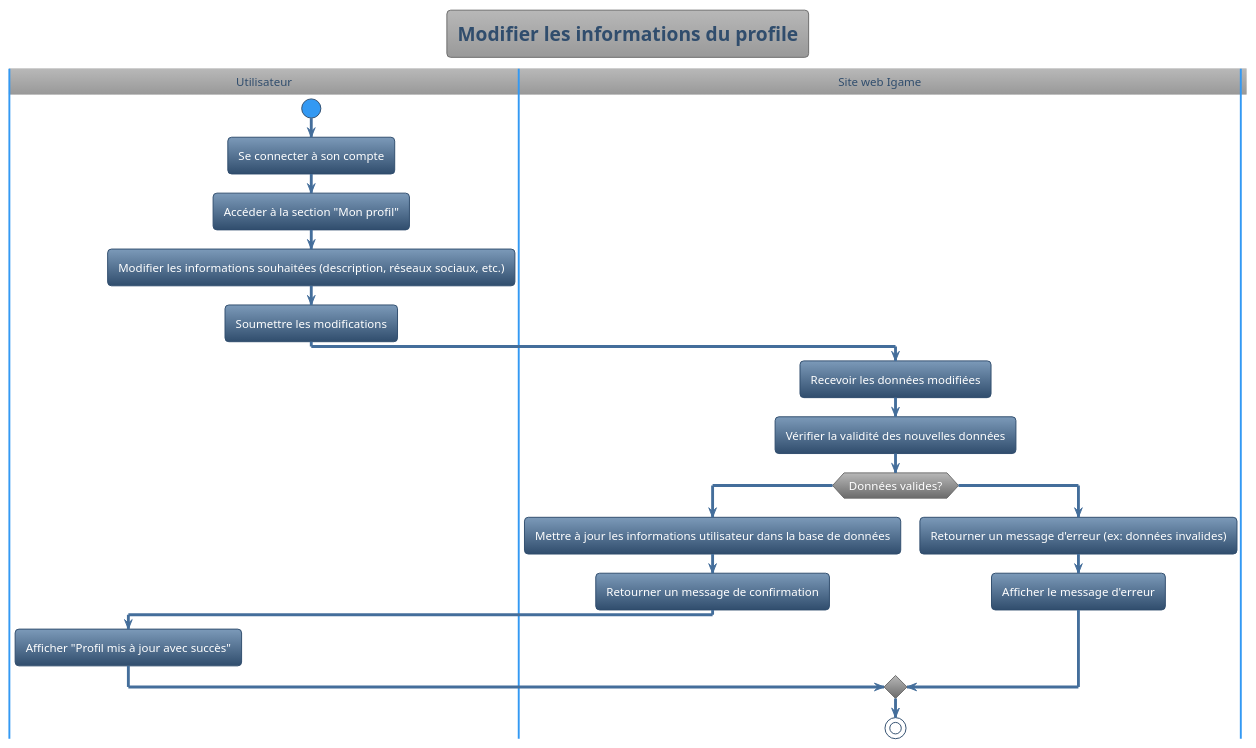
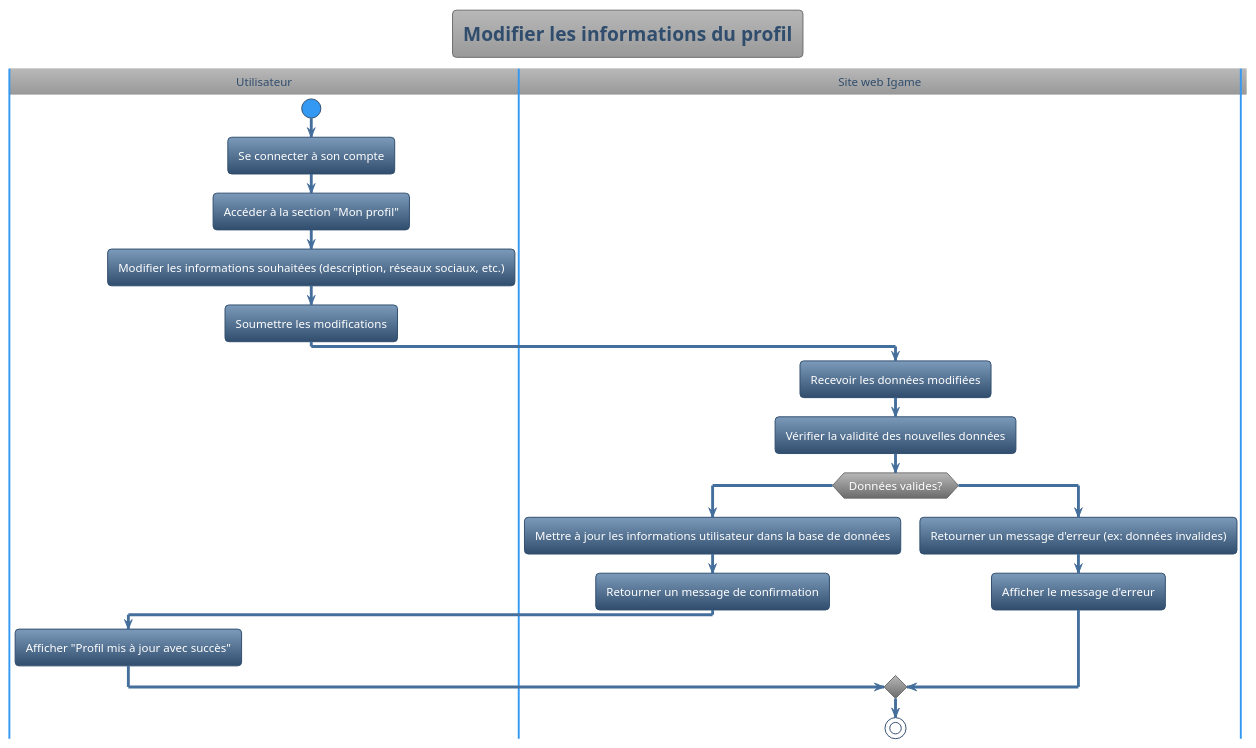
Before and after one commit to Jacob-Cossette/GTI510: the diagram in CU3_modifInfoU.puml, drawn with PlantUML. The commit also changed 19 other files, not shown here.

```diff
--- a/CU3_modifInfoU.puml
+++ b/CU3_modifInfoU.puml
@@ -1,24 +1,24 @@
 @startuml
 !theme spacelab
-title Modifier les informations du profile
+title Modifier les informations du profil
 |Utilisateur|
 start
 :Se connecter à son compte;
 :Accéder à la section "Mon profil";
 :Modifier les informations souhaitées (description, réseaux sociaux, etc.);
 :Soumettre les modifications;
 |Site web Igame|
 :Recevoir les données modifiées;
 :Vérifier la validité des nouvelles données;
 if (Données valides?) then (Oui)
   :Mettre à jour les informations utilisateur dans la base de données;
   :Retourner un message de confirmation;
   |Utilisateur|
   :Afficher "Profil mis à jour avec succès";
 else (Non)
   |Site web Igame|
   :Retourner un message d'erreur (ex: données invalides);
   :Afficher le message d'erreur;
 endif
 stop
 @enduml
```
